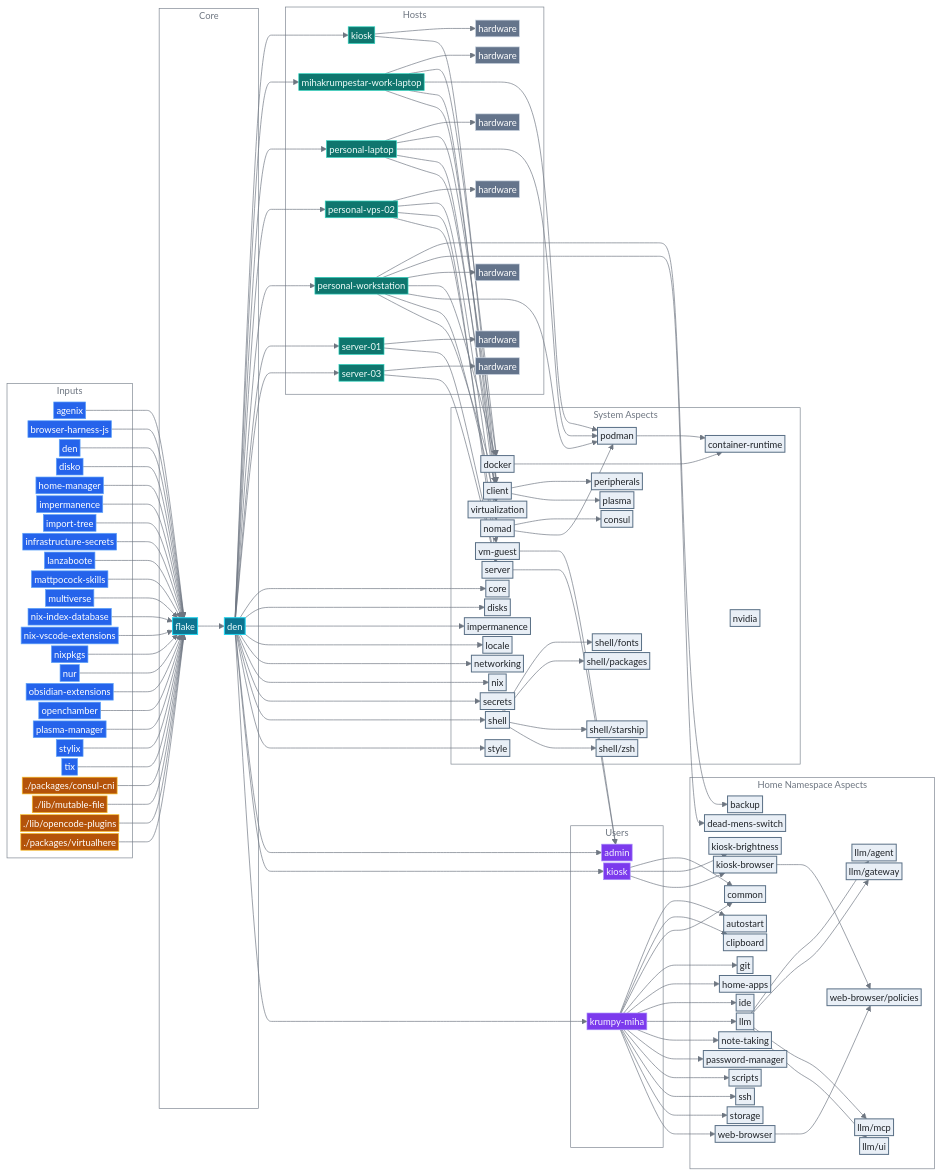
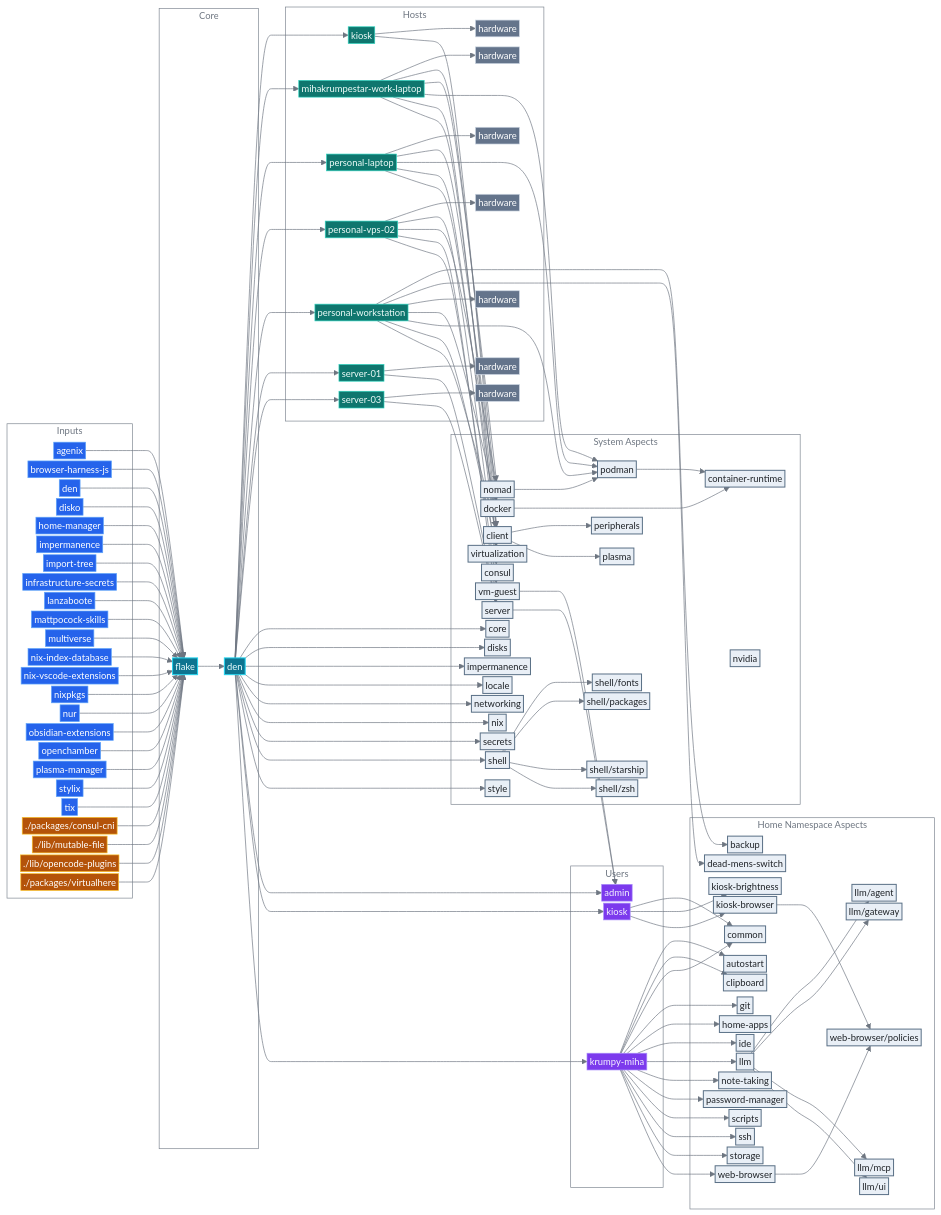
One commit to mihakrumpestar/infrastructure changed the diagram in README.md. Above: the diagram before and after it, drawn with Mermaid. The commit also changed other lines of this file and 7 other files, not shown here.

Commit message:
chore: separate nomad and consul properly

```diff
--- a/README.md
+++ b/README.md
@@ -270,6 +270,7 @@
     host_kiosk --> type_client
     host_mihakrumpestar_work_laptop --> host_mihakrumpestar_work_laptop_hardware
     host_mihakrumpestar_work_laptop --> opt_docker
+    host_mihakrumpestar_work_laptop --> opt_nomad
     host_mihakrumpestar_work_laptop --> opt_podman
     host_mihakrumpestar_work_laptop --> opt_virtualization
     host_mihakrumpestar_work_laptop --> type_client
@@ -279,6 +280,7 @@
     host_personal_laptop --> opt_virtualization
     host_personal_laptop --> type_client
     host_personal_vps_02 --> host_personal_vps_02_hardware
+    host_personal_vps_02 --> opt_consul
     host_personal_vps_02 --> opt_nomad
     host_personal_vps_02 --> type_server
     host_personal_vps_02 --> type_vm_guest
@@ -318,7 +320,6 @@
     local_opencode_plugins --> flake
     local_virtualhere --> flake
     opt_docker --> opt_container_runtime
-    opt_nomad --> opt_consul
     opt_nomad --> opt_podman
     opt_podman --> opt_container_runtime
     sys_shell --> sys_shell_fonts
```
